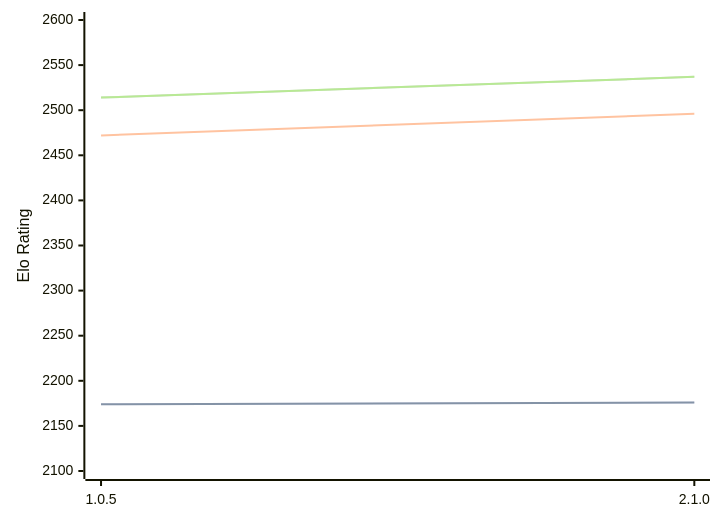
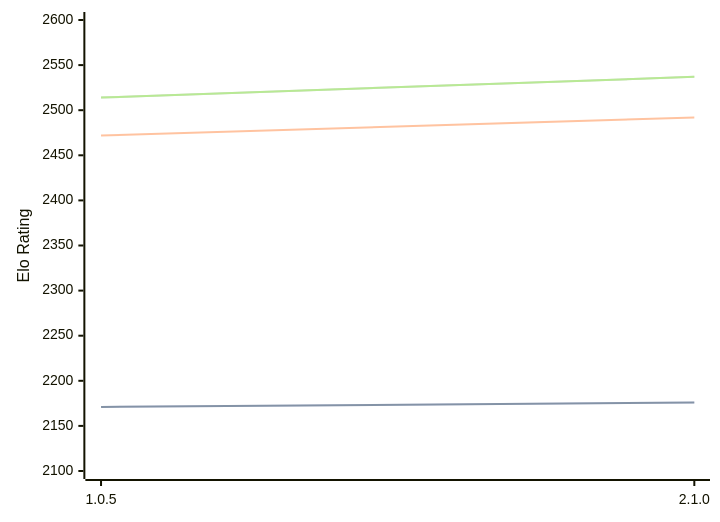
One commit to computer-chess-index/cci changed the diagram in engines/Ruffian.md. Above: the diagram before and after it, drawn with Mermaid. The commit also changed other lines of this file, not shown here.

Commit message:
Update CCI Ratings (ELO VLTC) - 2026-04-01

````diff
--- a/engines/Ruffian.md
+++ b/engines/Ruffian.md
@@ -32,11 +32,11 @@
 ```mermaid
 %%{init: {"theme":"base","themeVariables":{"seriesColors:['#a3a3a3','#222221','#faa371']}}}%%
 xychart-beta
   x-axis ["1.0.5", "2.1.0"]
   y-axis "Elo Rating" 2100 --> 2600
-  line "STC (8.0+0.08s)" [2174, 2176]
-  line "STC (8.0+0.08s)" [2174, 2176]
-  line "LTC (60.0+0.60s)" [2472, 2496]
+  line "STC (8.0+0.08s)" [2171, 2176]
+  line "STC (8.0+0.08s)" [2171, 2176]
+  line "LTC (60.0+0.60s)" [2472, 2492]
   line "VLTC (2m24s+1.12s)" [2514, 2537]
   line "VLTC (2m24s+1.12s)" [2514, 2537]
 ```
````
